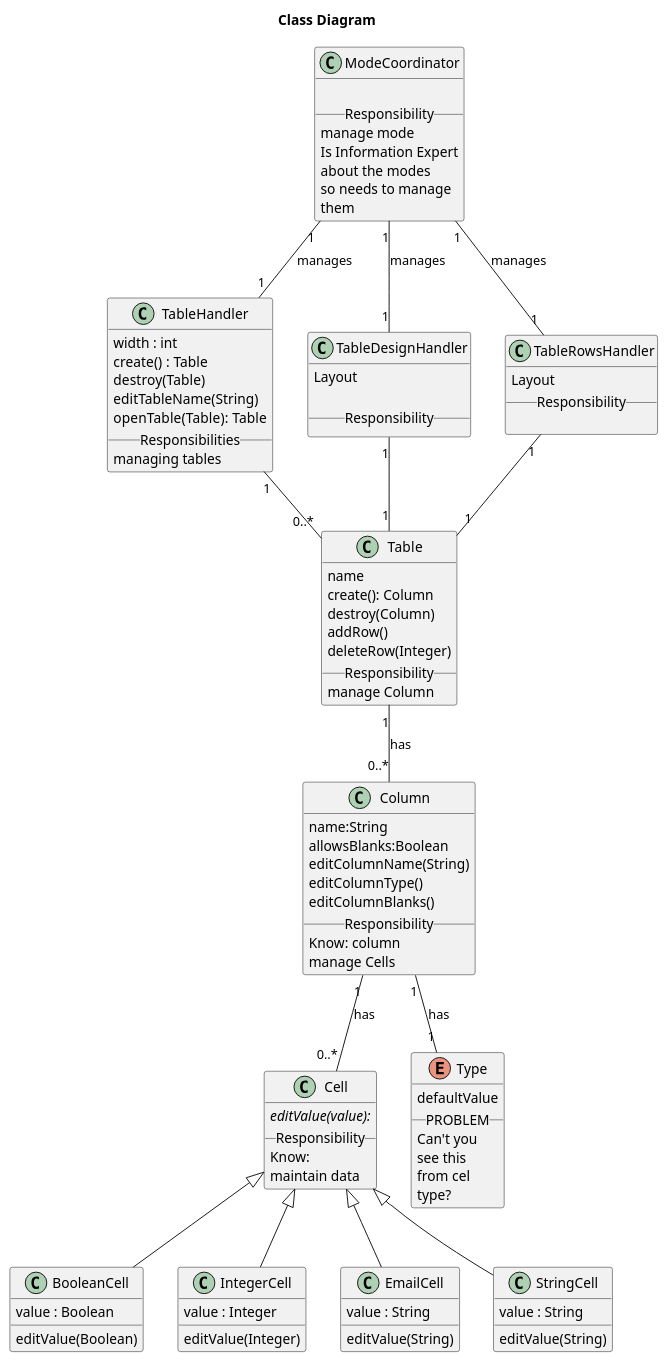
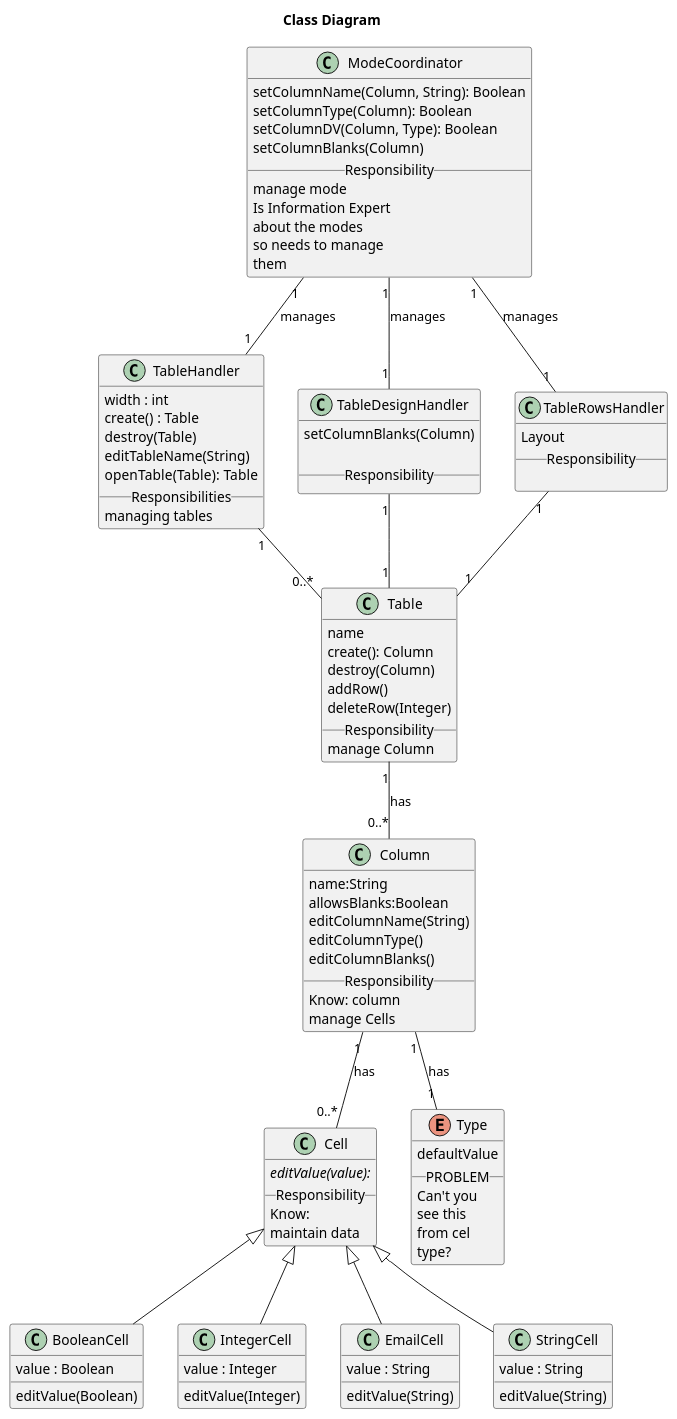
The diagram in diagrams/classDiagrams/classDiagram.puml (Bhamoss/softwareOntwerpProject), drawn with PlantUML before and after one commit. The commit also changed 2 other files, not shown here.

Commit message:
interaction sequence diagram of editColumnCharacteristic

```diff
--- a/diagrams/classDiagrams/classDiagram.puml
+++ b/diagrams/classDiagrams/classDiagram.puml
@@ -1,117 +1,120 @@
 @startuml
 title Class Diagram
 
 class ModeCoordinator
 {
-
+    setColumnName(Column, String): Boolean
+    setColumnType(Column): Boolean
+    setColumnDV(Column, Type): Boolean
+    setColumnBlanks(Column)
 __Responsibility__
 manage mode
 Is Information Expert
 about the modes
 so needs to manage
 them
 }
 
 ModeCoordinator "1" -- "1" TableHandler:  manages
 ModeCoordinator "1" -- "1" TableDesignHandler:  manages
 ModeCoordinator "1" -- "1" TableRowsHandler:  manages
 
 class TableHandler
 {
     width : int
     create() : Table
     destroy(Table)
     editTableName(String)
     openTable(Table): Table
     __Responsibilities__
     managing tables
 }
 TableHandler "1" -- "0..*" Table
 TableDesignHandler "1" -- "1" Table
 TableRowsHandler "1" -- "1" Table
 
 
 class TableDesignHandler
 {
-    Layout
+    setColumnBlanks(Column)
 
 __Responsibility__
 }
 
 class TableRowsHandler
 {
     Layout
 __Responsibility__
 
 }
 
 class Table{
     name
     create(): Column
     destroy(Column)
     addRow()
     deleteRow(Integer)
 __Responsibility__
 manage Column
 }
 
 
 
 class Cell
 {
 editValue(value): {abstract}
 __Responsibility__
 Know:
 maintain data
 }
 Cell <|-- BooleanCell
 Cell <|-- IntegerCell
 Cell <|-- EmailCell
 Cell <|-- StringCell
 
 class Column
 {
 name:String
 allowsBlanks:Boolean
     editColumnName(String)
     editColumnType()
     editColumnBlanks()
 __Responsibility__
 Know: column
 manage Cells
 }
 Column "1" -- "1" Type: has
 Enum Type
 {
     defaultValue
     __PROBLEM__
     Can't you
     see this
     from cel
     type?
 }
 
 Table "1" -- "0..*" Column: has
 Column "1" -- "0..*" Cell: has
 
 class BooleanCell
 {
 value : Boolean
 editValue(Boolean)
 }
 class StringCell
 {
 value : String
 editValue(String)
 }
 class EmailCell
 {
 value : String
 editValue(String)
 }
 class IntegerCell
 {
 value : Integer
 editValue(Integer)
 }
 @enduml
```
